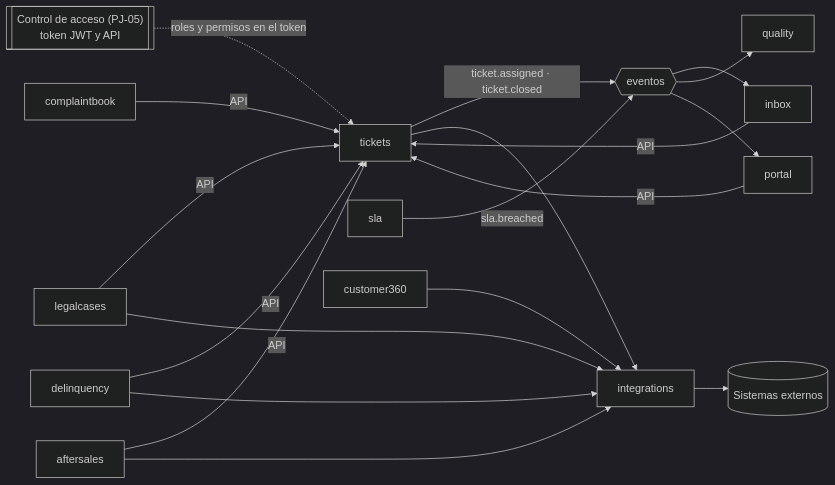
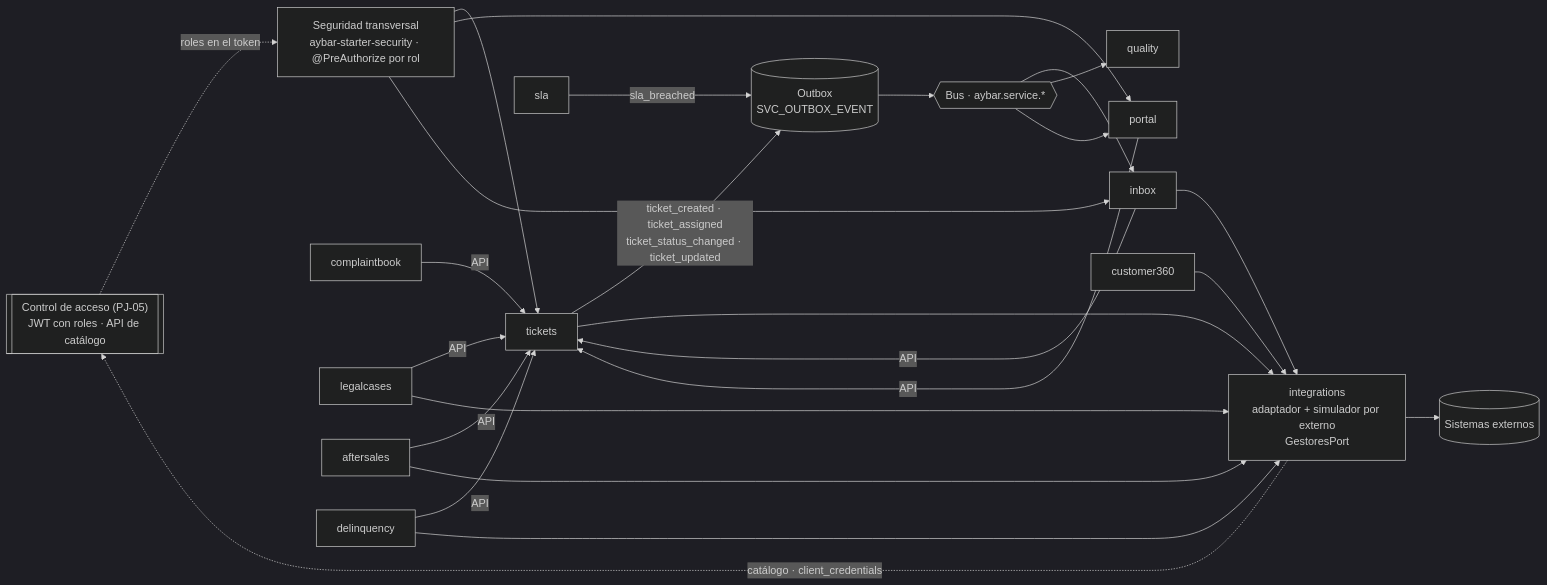
The diagram in propuesta-po/documentacion/paquete-definir-etapa1-v1.3/arquitectura/modulos.mmd (michel-poma-huachihuaco/tyc-mockup), drawn with Mermaid (dark theme) before and after one commit. The commit also changed 124 other files, not shown here.

```diff
--- a/propuesta-po/documentacion/paquete-definir-etapa1-v1.3/arquitectura/modulos.mmd
+++ b/propuesta-po/documentacion/paquete-definir-etapa1-v1.3/arquitectura/modulos.mmd
@@ -1,33 +1,42 @@
 flowchart LR
-  ctrl[["Control de acceso (PJ-05)<br/>token JWT y API"]]
+  ctrl[["Control de acceso (PJ-05)<br/>JWT con roles · API de catálogo"]]
+  sec["Seguridad transversal<br/>aybar-starter-security · @PreAuthorize por rol"]
   tickets[tickets]
   sla[sla]
   cbook[complaintbook]
   lcases[legalcases]
   aftersales[aftersales]
   portal[portal]
   quality[quality]
   inbox[inbox]
   c360[customer360]
   delinq[delinquency]
-  integ[integrations]
-  bus{{eventos}}
-  ctrl -. "roles y permisos en el token" .-> tickets
+  integ["integrations<br/>adaptador + simulador por externo<br/>GestoresPort"]
+  outbox[("Outbox<br/>SVC_OUTBOX_EVENT")]
+  bus{{"Bus · aybar.service.*"}}
+  ctrl -. "roles en el token" .-> sec
+  sec --> tickets
+  sec --> portal
+  sec --> inbox
+  integ -. "catálogo · client_credentials" .-> ctrl
   portal -- API --> tickets
   cbook -- API --> tickets
   lcases -- API --> tickets
   aftersales -- API --> tickets
   delinq -- API --> tickets
   inbox -- API --> tickets
-  tickets -- ticket.assigned · ticket.closed --> bus
-  sla -- sla.breached --> bus
+  tickets -- "ticket_created · ticket_assigned<br/>ticket_status_changed · ticket_updated" --> outbox
+  sla -- sla_breached --> outbox
+  outbox --> bus
   bus --> inbox
   bus --> quality
   bus --> portal
   c360 --> integ
   delinq --> integ
   lcases --> integ
   aftersales --> integ
   tickets --> integ
+  inbox --> integ
   integ --> ext[(Sistemas externos)]
-%% Generado por IA (Claude, 2026-10-22), versión base v1 de Nexora; actualizado con DT-03 y ADR-001: sin módulo identidad y módulos en inglés (propuesta). — Revisado por: (pendiente)
+%% Generado por IA (Claude, 2026-10-22), versión base v1 de Nexora; actualizado con DT-03 y ADR-001: sin módulo identidad y módulos en inglés. — Revisado por: (pendiente)
+%% Historial: 0.3 · 2026-10-26 · Brayan Hurtado, con IA · eventos por el outbox con los tópicos del SDK (ADR-013); seguridad transversal con roles del token; integrations con GestoresPort y el registro del catálogo en Control de acceso (ADR-009)
```
